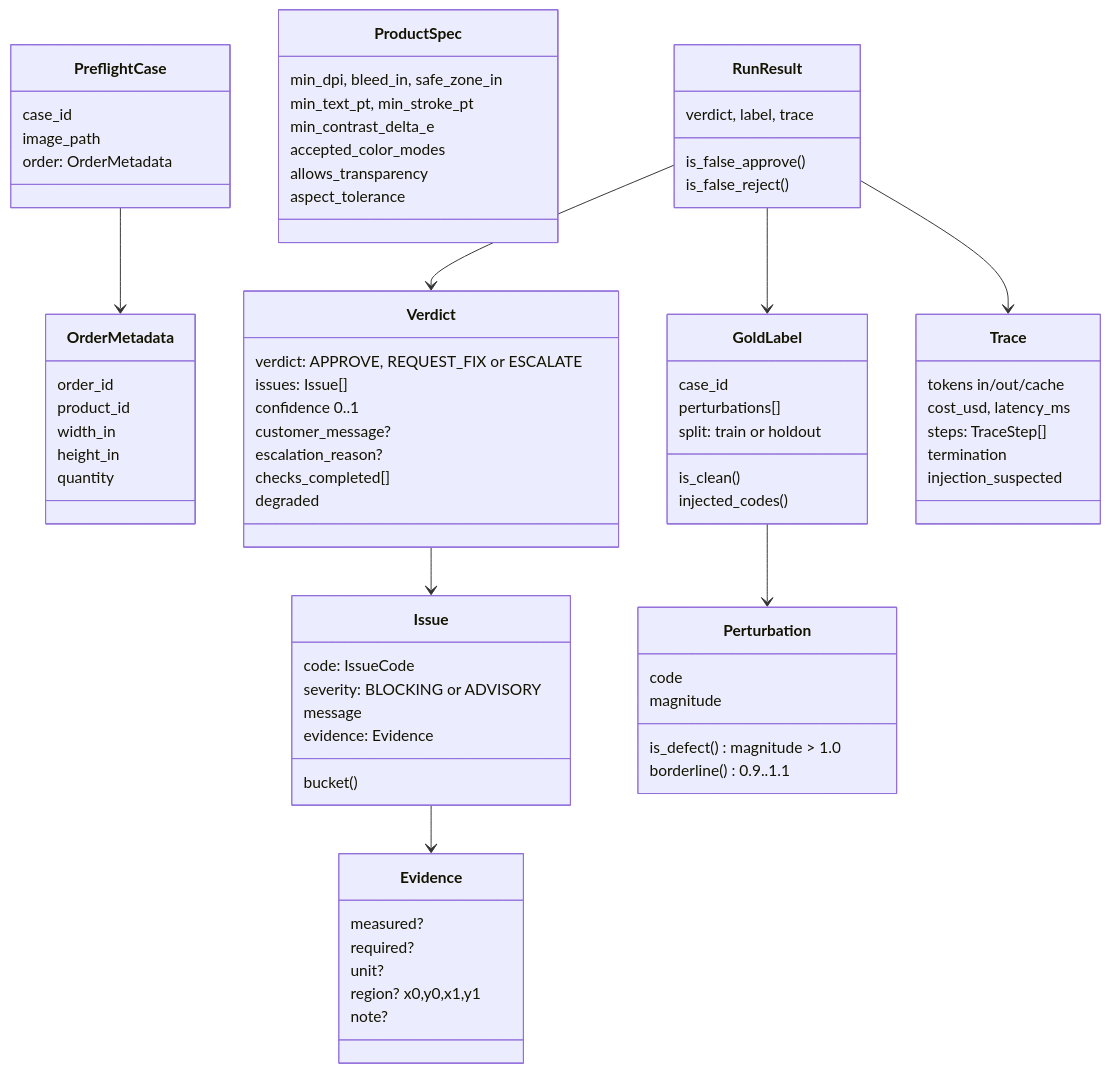
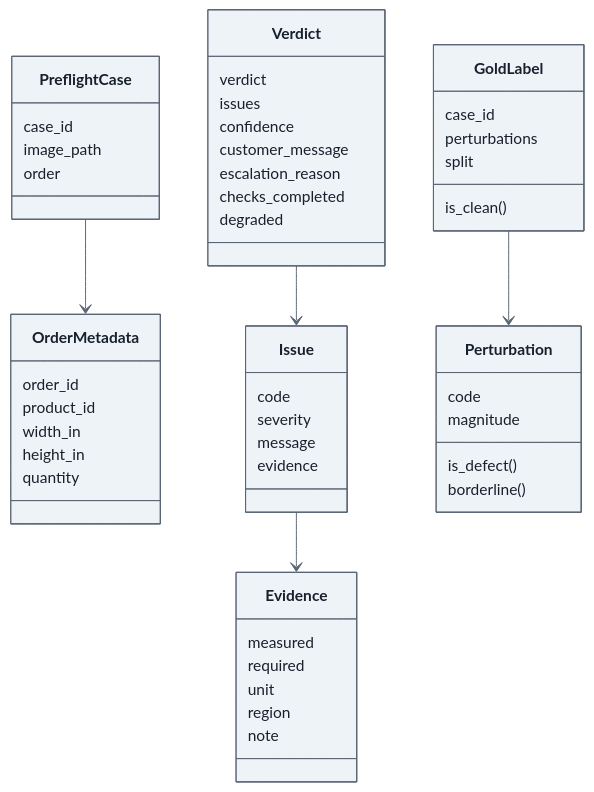
Before and after one commit to ashvolt/agents: the eighth of 14 diagrams in capstone/docs/learn.md, drawn with Mermaid. The commit also changed other lines of this file, not shown here.

First line of the commit message:
docs(learn): cover the project to 2026-09-26; diagrams readable in any theme

````diff
--- a/capstone/docs/learn.md
+++ b/capstone/docs/learn.md
@@ -403,79 +494,54 @@
 ```mermaid
-%%{init: {"theme": "default"}}%%
+%%{init: {"theme":"base","themeVariables":{"background":"#ffffff","fontFamily":"Arial, Helvetica, sans-serif","primaryColor":"#eef3f8","primaryTextColor":"#17202b","primaryBorderColor":"#5a6573","secondaryColor":"#f5f7fa","secondaryTextColor":"#17202b","tertiaryColor":"#ffffff","tertiaryTextColor":"#17202b","lineColor":"#5a6573","textColor":"#17202b","titleColor":"#17202b","nodeTextColor":"#17202b","edgeLabelBackground":"#ffffff","clusterBkg":"#f7f9fb","clusterBorder":"#9aa5b1","cScale0":"#dbeafe","cScaleLabel0":"#17202b","cScalePeer0":"#5a6573","cScale1":"#dcfce7","cScaleLabel1":"#17202b","cScalePeer1":"#5a6573","cScale2":"#fef3c7","cScaleLabel2":"#17202b","cScalePeer2":"#5a6573","cScale3":"#fce7f3","cScaleLabel3":"#17202b","cScalePeer3":"#5a6573","cScale4":"#e0e7ff","cScaleLabel4":"#17202b","cScalePeer4":"#5a6573","cScale5":"#ccfbf1","cScaleLabel5":"#17202b","cScalePeer5":"#5a6573","cScale6":"#ffedd5","cScaleLabel6":"#17202b","cScalePeer6":"#5a6573","cScale7":"#f1f5f9","cScaleLabel7":"#17202b","cScalePeer7":"#5a6573"}}}%%
 classDiagram
     class PreflightCase {
         case_id
         image_path
-        order: OrderMetadata
+        order
     }
     class OrderMetadata {
         order_id
         product_id
         width_in
         height_in
         quantity
     }
-    class ProductSpec {
-        min_dpi, bleed_in, safe_zone_in
-        min_text_pt, min_stroke_pt
-        min_contrast_delta_e
-        accepted_color_modes
-        allows_transparency
-        aspect_tolerance
-    }
     class Verdict {
-        verdict: APPROVE, REQUEST_FIX or ESCALATE
-        issues: Issue[]
-        confidence 0..1
-        customer_message?
-        escalation_reason?
-        checks_completed[]
+        verdict
+        issues
+        confidence
+        customer_message
+        escalation_reason
+        checks_completed
         degraded
     }
     class Issue {
-        code: IssueCode
-        severity: BLOCKING or ADVISORY
+        code
+        severity
         message
-        evidence: Evidence
-        bucket()
+        evidence
     }
     class Evidence {
-        measured?
-        required?
-        unit?
-        region? x0,y0,x1,y1
-        note?
+        measured
+        required
+        unit
+        region
+        note
     }
     class GoldLabel {
         case_id
-        perturbations[]
-        split: train or holdout
+        perturbations
+        split
         is_clean()
-        injected_codes()
     }
     class Perturbation {
         code
         magnitude
-        is_defect() magnitude > 1.0
-        borderline() 0.9..1.1
-    }
-    class Trace {
-        tokens in/out/cache
-        cost_usd, latency_ms
-        steps: TraceStep[]
-        termination
-        injection_suspected
-    }
-    class RunResult {
-        verdict, label, trace
-        is_false_approve()
-        is_false_reject()
+        is_defect()
+        borderline()
     }
     PreflightCase --> OrderMetadata
     Verdict --> Issue
     Issue --> Evidence
     GoldLabel --> Perturbation
-    RunResult --> Verdict
-    RunResult --> GoldLabel
-    RunResult --> Trace
 ```
````
